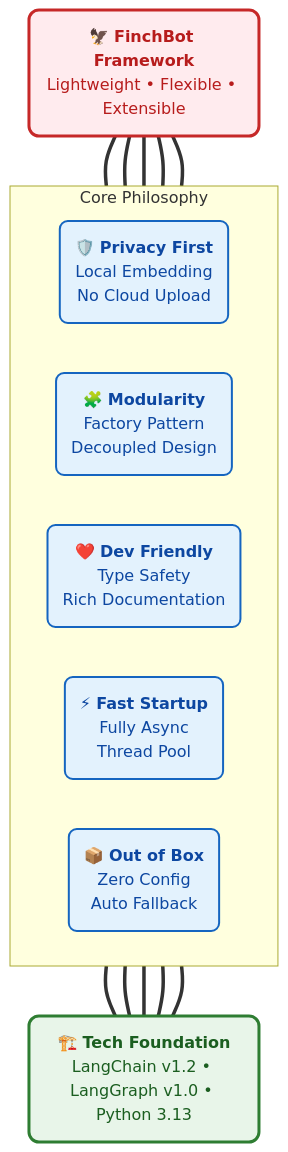
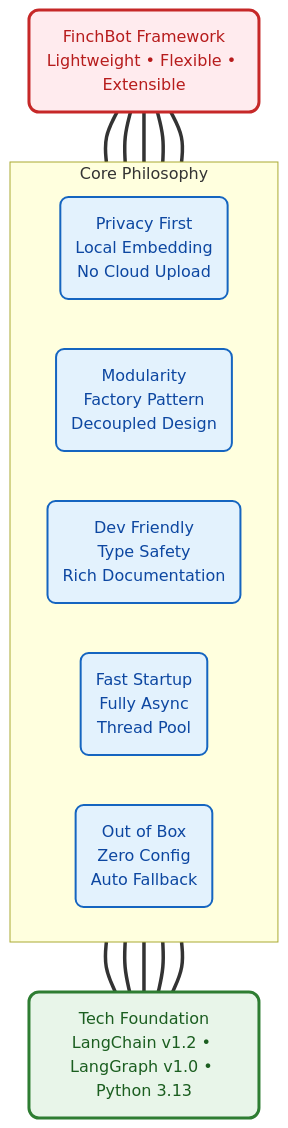
Before and after one commit to xt765/FinchBot: the first of 8 diagrams in README.md, drawn with Mermaid. The commit also changed other lines of this file and 18 other files, not shown here.

First line of the commit message:
docs: 简化架构图并删除所有mermaid图中的表情包

````diff
--- a/README.md
+++ b/README.md
@@ -66,27 +66,22 @@
 ```mermaid
 graph BT
-    %% Styles
     classDef roof fill:#ffebee,stroke:#c62828,stroke-width:3px,color:#b71c1c,rx:10,ry:10;
     classDef pillar fill:#e3f2fd,stroke:#1565c0,stroke-width:2px,color:#0d47a1,rx:8,ry:8;
     classDef base fill:#e8f5e9,stroke:#2e7d32,stroke-width:3px,color:#1b5e20,rx:10,ry:10;
 
-    %% Roof
-    Roof("🦅 <b>FinchBot Framework</b><br/>Lightweight • Flexible • Extensible"):::roof
+    Roof("FinchBot Framework<br/>Lightweight • Flexible • Extensible"):::roof
 
-    %% Pillars
     subgraph Pillars [Core Philosophy]
         direction LR
-        P("🛡️ <b>Privacy First</b><br/>Local Embedding<br/>No Cloud Upload"):::pillar
-        M("🧩 <b>Modularity</b><br/>Factory Pattern<br/>Decoupled Design"):::pillar
-        D("❤️ <b>Dev Friendly</b><br/>Type Safety<br/>Rich Documentation"):::pillar
-        S("⚡ <b>Fast Startup</b><br/>Fully Async<br/>Thread Pool"):::pillar
-        O("📦 <b>Out of Box</b><br/>Zero Config<br/>Auto Fallback"):::pillar
+        P("Privacy First<br/>Local Embedding<br/>No Cloud Upload"):::pillar
+        M("Modularity<br/>Factory Pattern<br/>Decoupled Design"):::pillar
+        D("Dev Friendly<br/>Type Safety<br/>Rich Documentation"):::pillar
+        S("Fast Startup<br/>Fully Async<br/>Thread Pool"):::pillar
+        O("Out of Box<br/>Zero Config<br/>Auto Fallback"):::pillar
     end
 
-    %% Foundation
-    Base("🏗️ <b>Tech Foundation</b><br/>LangChain v1.2 • LangGraph v1.0 • Python 3.13"):::base
+    Base("Tech Foundation<br/>LangChain v1.2 • LangGraph v1.0 • Python 3.13"):::base
 
-    %% Connections
     Base === P & M & D & S & O
     P & M & D & S & O === Roof
 ```
````
